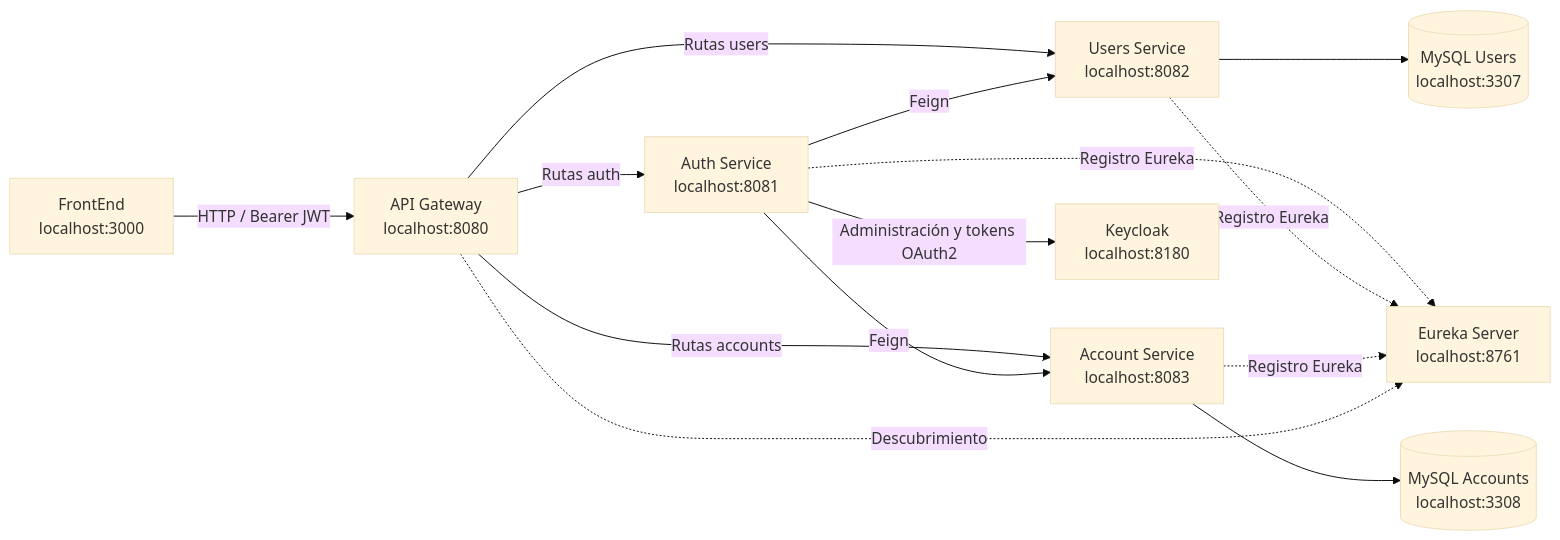
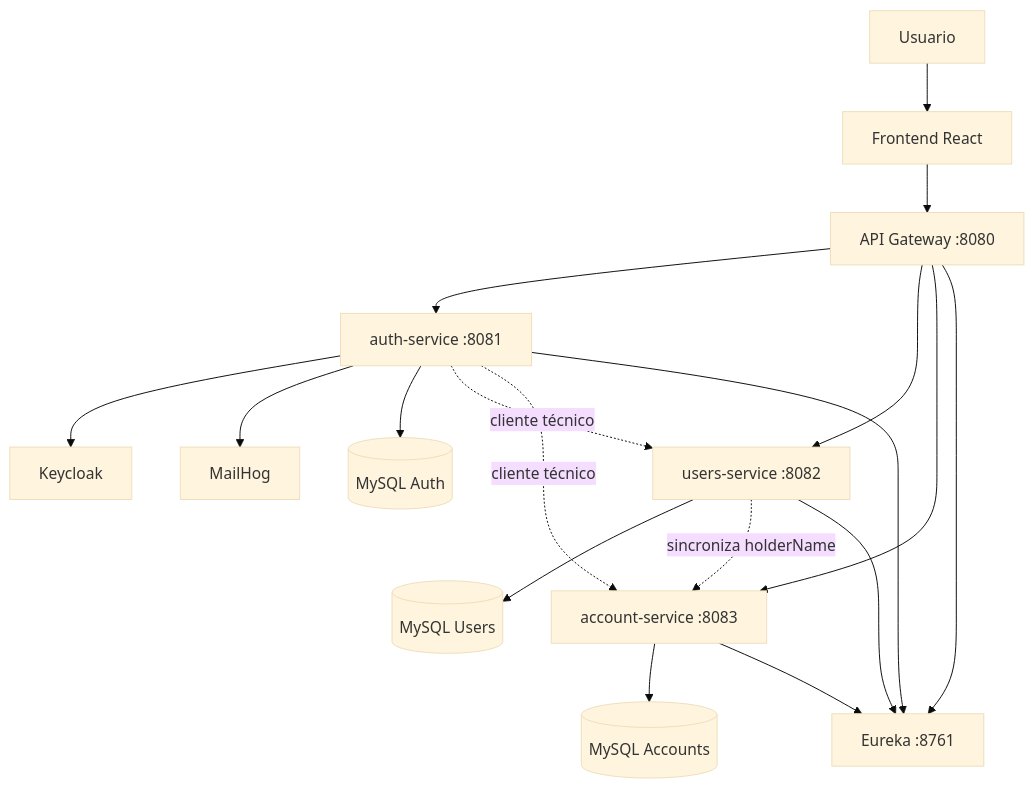
The diagram in docs/infrastructure/architecture.md (DiegoVC96/digital-money-house-backend-DVC), drawn with Mermaid (base theme) before and after one commit. The commit also changed other lines of this file and 1 other file, not shown here.

````diff
--- a/docs/infrastructure/architecture.md
+++ b/docs/infrastructure/architecture.md
@@ -23,31 +21,24 @@
 ```mermaid
-flowchart LR
-    FE[FrontEnd<br/>localhost:3000]
-    GW[API Gateway<br/>localhost:8080]
-    EU[Eureka Server<br/>localhost:8761]
+flowchart TB
+    U[Usuario] --> FE[Frontend React]
+    FE --> GW[API Gateway :8080]
 
-    AUTH[Auth Service<br/>localhost:8081]
-    USERS[Users Service<br/>localhost:8082]
-    ACCOUNTS[Account Service<br/>localhost:8083]
+    GW --> AUTH[auth-service :8081]
+    GW --> USERS[users-service :8082]
+    GW --> ACC[account-service :8083]
 
-    KC[Keycloak<br/>localhost:8180]
-    MYSQL_USERS[(MySQL Users<br/>localhost:3307)]
-    MYSQL_ACCOUNTS[(MySQL Accounts<br/>localhost:3308)]
+    AUTH --> KC[Keycloak]
+    AUTH --> MAIL[MailHog]
+    AUTH --> DBA[(MySQL Auth)]
+    USERS --> DBU[(MySQL Users)]
+    ACC --> DBACC[(MySQL Accounts)]
 
-    FE -->|HTTP / Bearer JWT| GW
-    GW -->|Rutas auth| AUTH
-    GW -->|Rutas users| USERS
-    GW -->|Rutas accounts| ACCOUNTS
+    AUTH -. cliente técnico .-> USERS
+    AUTH -. cliente técnico .-> ACC
+    USERS -. sincroniza holderName .-> ACC
 
-    AUTH -->|Administración y tokens OAuth2| KC
-    AUTH -->|Feign| USERS
-    AUTH -->|Feign| ACCOUNTS
-
-    USERS --> MYSQL_USERS
-    ACCOUNTS --> MYSQL_ACCOUNTS
-
-    AUTH -. Registro Eureka .-> EU
-    USERS -. Registro Eureka .-> EU
-    ACCOUNTS -. Registro Eureka .-> EU
-    GW -. Descubrimiento .-> EU
+    AUTH --> E[Eureka :8761]
+    USERS --> E
+    ACC --> E
+    GW --> E
 ```
````
